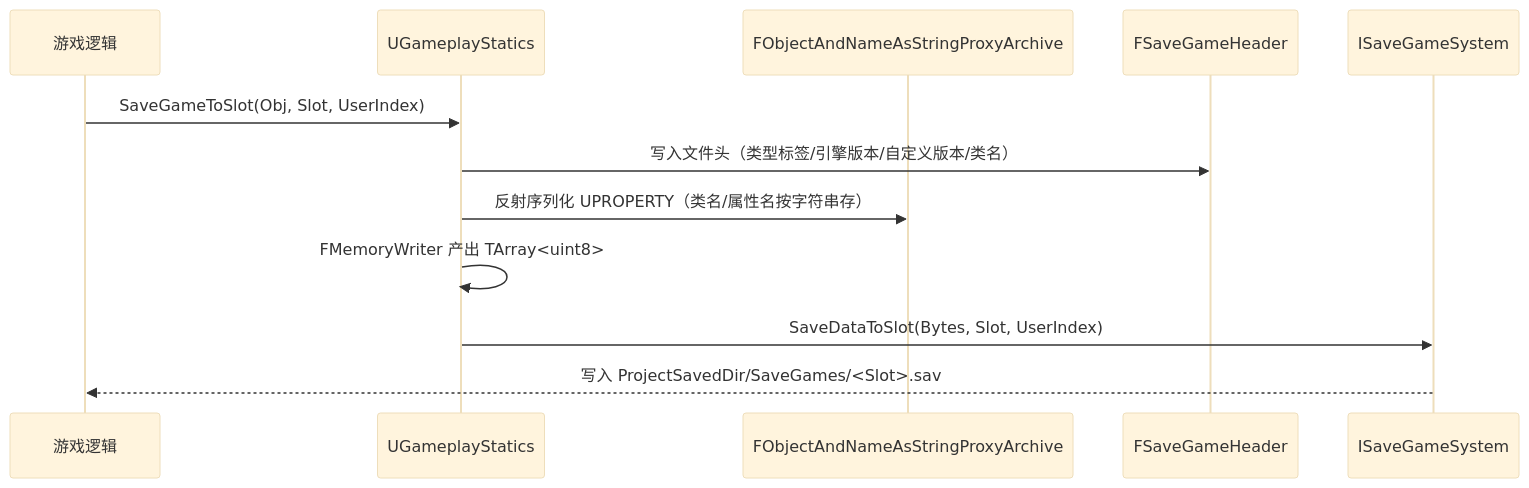
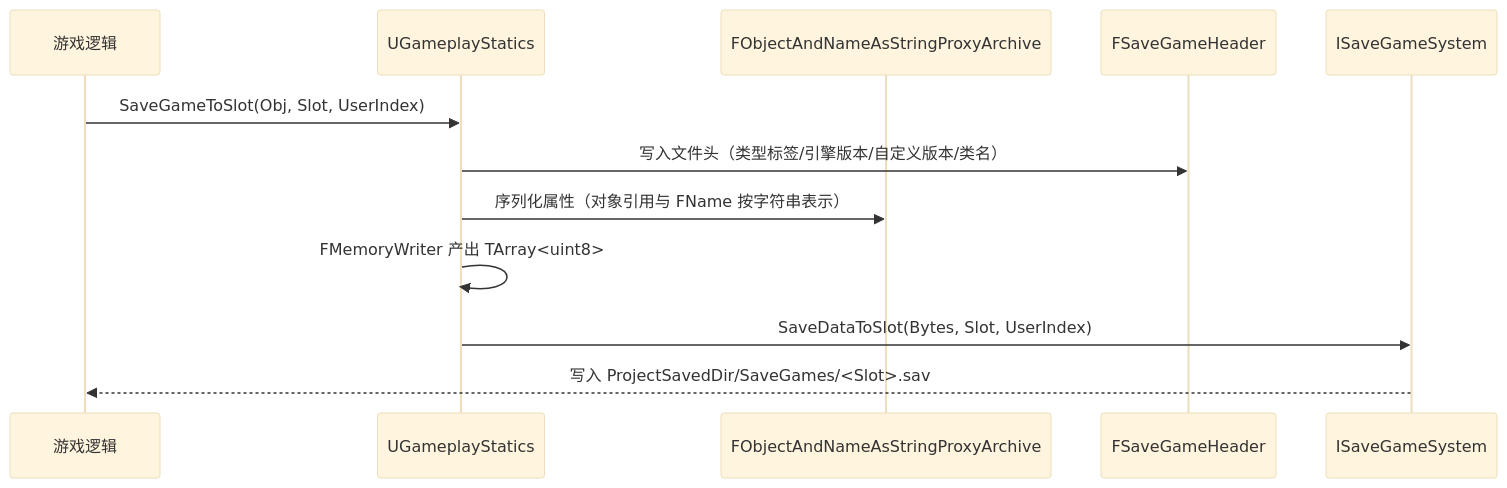
One commit to fantuan812/learning changed the first of 3 diagrams in 游戏知识/03-游戏玩法编程/12-SaveGame存档系统与序列化.md. Above: the diagram before and after it, drawn with Mermaid (base theme). The commit also changed other lines of this file and 5 other files, not shown here.

````diff
--- a/游戏知识/03-游戏玩法编程/12-SaveGame存档系统与序列化.md
+++ b/游戏知识/03-游戏玩法编程/12-SaveGame存档系统与序列化.md
@@ -49,14 +49,14 @@
 ```mermaid
 sequenceDiagram
     participant G as 游戏逻辑
     participant S as UGameplayStatics
     participant A as FObjectAndNameAsStringProxyArchive
     participant H as FSaveGameHeader
     participant I as ISaveGameSystem
     G->>S: SaveGameToSlot(Obj, Slot, UserIndex)
     S->>H: 写入文件头（类型标签/引擎版本/自定义版本/类名）
-    S->>A: 反射序列化 UPROPERTY（类名/属性名按字符串存）
+    S->>A: 序列化属性（对象引用与 FName 按字符串表示）
     S->>S: FMemoryWriter 产出 TArray<uint8>
     S->>I: SaveDataToSlot(Bytes, Slot, UserIndex)
     I-->>G: 写入 ProjectSavedDir/SaveGames/<Slot>.sav
 ```
````
